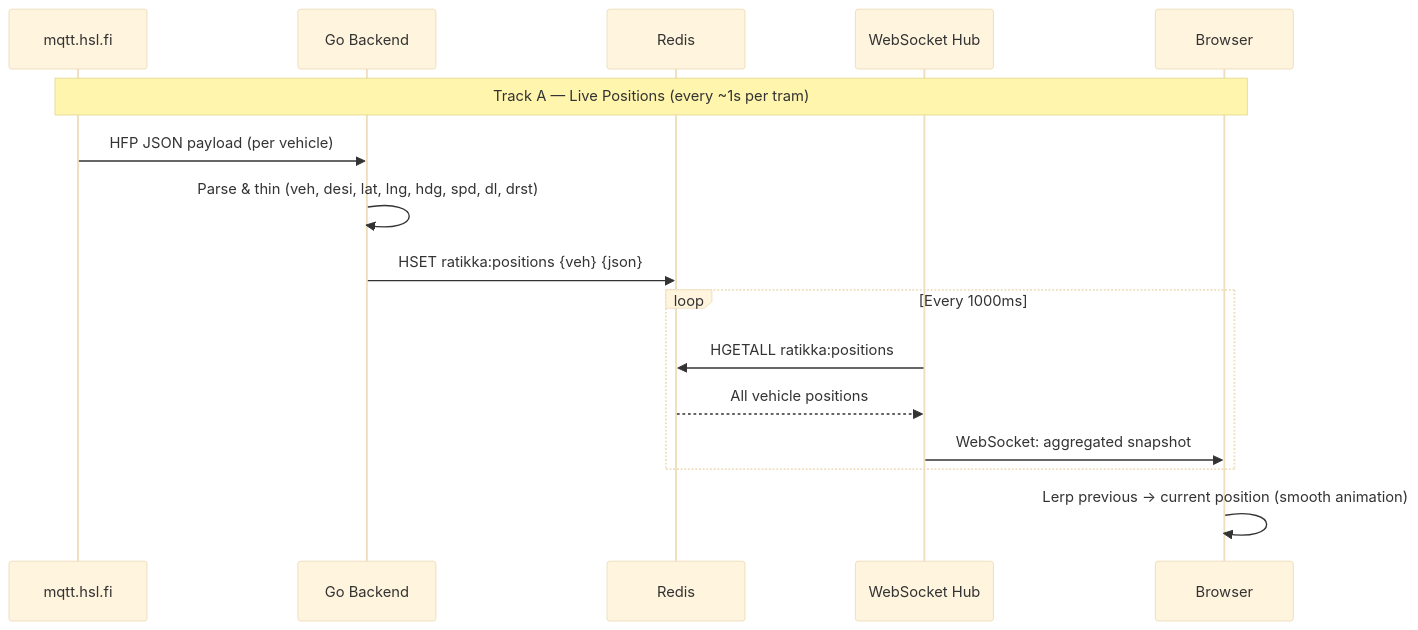
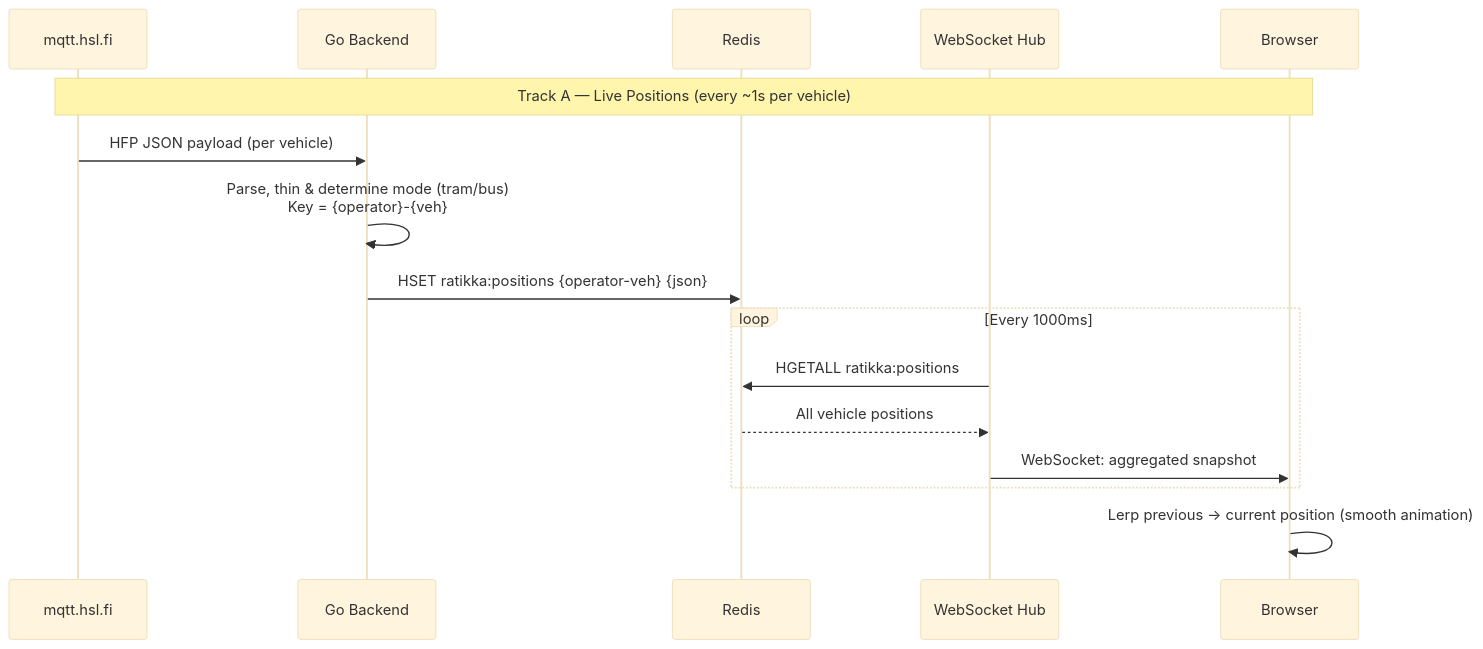
Before and after one commit to Saavuori/ratikka: the second of 7 diagrams in docs/PLAN.md, drawn with Mermaid (base theme). The commit also changed other lines of this file and 6 other files, not shown here.

Commit message:
docs: update HSL - LIVE documentation, diagrams, and screenshots

````diff
--- a/docs/PLAN.md
+++ b/docs/PLAN.md
@@ -100,22 +105,22 @@
 ```mermaid
 sequenceDiagram
     participant MQTT as mqtt.hsl.fi
     participant GO as Go Backend
     participant REDIS as Redis
     participant WS as WebSocket Hub
     participant BROWSER as Browser
 
-    Note over MQTT,BROWSER: Track A — Live Positions (every ~1s per tram)
+    Note over MQTT,BROWSER: Track A — Live Positions (every ~1s per vehicle)
     
     MQTT->>GO: HFP JSON payload (per vehicle)
-    GO->>GO: Parse & thin (veh, desi, lat, lng, hdg, spd, dl, drst)
-    GO->>REDIS: HSET ratikka:positions {veh} {json}
+    GO->>GO: Parse, thin & determine mode (tram/bus)<br/>Key = {operator}-{veh}
+    GO->>REDIS: HSET ratikka:positions {operator-veh} {json}
     
     loop Every 1000ms
         WS->>REDIS: HGETALL ratikka:positions
         REDIS-->>WS: All vehicle positions
         WS->>BROWSER: WebSocket: aggregated snapshot
     end
     
     BROWSER->>BROWSER: Lerp previous → current position (smooth animation)
 ```
````
